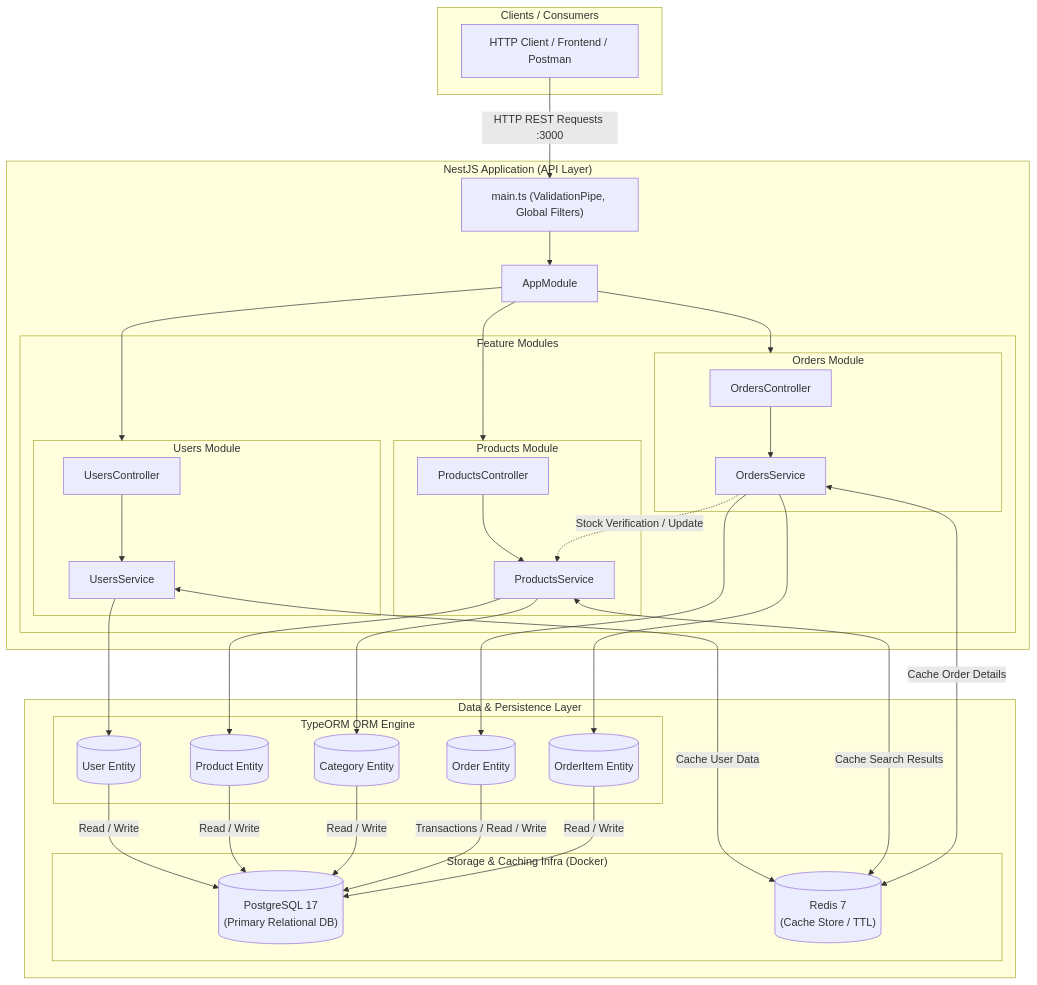
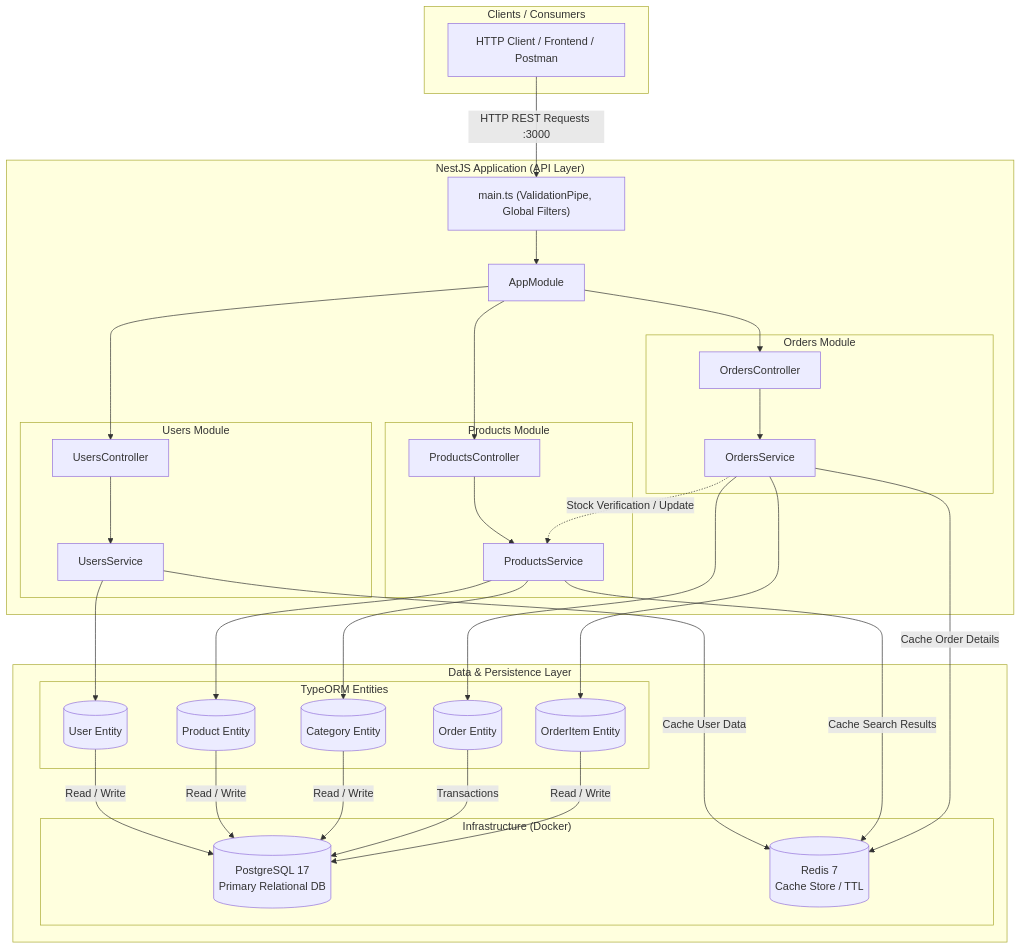
One commit to jairrodriguezm/nest-ecommerce changed the diagram in README.md. Above: the diagram before and after it, drawn with Mermaid.

Commit message:
docs: fix Mermaid System Architecture Diagram syntax for GitHub renderer

````diff
--- a/README.md
+++ b/README.md
@@ -17,67 +17,66 @@
 ```mermaid
 flowchart TB
     subgraph ClientLayer["Clients / Consumers"]
         Client["HTTP Client / Frontend / Postman"]
     end
 
     subgraph AppLayer["NestJS Application (API Layer)"]
         Main["main.ts (ValidationPipe, Global Filters)"]
         AppModule["AppModule"]
 
-        subgraph Modules["Feature Modules"]
-            subgraph UsersModule["Users Module"]
-                UC["UsersController"] --> US["UsersService"]
-            end
+        subgraph UsersModule["Users Module"]
+            UC["UsersController"] --> US["UsersService"]
+        end
 
-            subgraph ProductsModule["Products Module"]
-                PC["ProductsController"] --> PS["ProductsService"]
-            end
+        subgraph ProductsModule["Products Module"]
+            PC["ProductsController"] --> PS["ProductsService"]
+        end
 
-            subgraph OrdersModule["Orders Module"]
-                OC["OrdersController"] --> OS["OrdersService"]
-            end
+        subgraph OrdersModule["Orders Module"]
+            OC["OrdersController"] --> OS["OrdersService"]
         end
 
         OS -.->|Stock Verification / Update| PS
     end
 
     subgraph DataLayer["Data & Persistence Layer"]
-        subgraph TypeORM["TypeORM ORM Engine"]
+        subgraph Entities["TypeORM Entities"]
             UserEnt[("User Entity")]
             ProdEnt[("Product Entity")]
             CatEnt[("Category Entity")]
             OrderEnt[("Order Entity")]
             ItemEnt[("OrderItem Entity")]
         end
 
-        subgraph Storage["Storage & Caching Infra (Docker)"]
-            PG[("PostgreSQL 17\n(Primary Relational DB)")]
-            Redis[("Redis 7\n(Cache Store / TTL)")]
+        subgraph Storage["Infrastructure (Docker)"]
+            PG[("PostgreSQL 17<br/>Primary Relational DB")]
+            Redis[("Redis 7<br/>Cache Store / TTL")]
         end
     end
 
     %% Client traffic
     Client -->|HTTP REST Requests :3000| Main
     Main --> AppModule
-    AppModule --> UsersModule
-    AppModule --> ProductsModule
-    AppModule --> OrdersModule
+    AppModule --> UC
+    AppModule --> PC
+    AppModule --> OC
 
     %% Services to ORM Entities
     US --> UserEnt
     PS --> ProdEnt
     PS --> CatEnt
     OS --> OrderEnt
     OS --> ItemEnt
 
-    %% Entities/Services to Infrastructure
+    %% Entities to DB
     UserEnt -->|Read / Write| PG
     ProdEnt -->|Read / Write| PG
     CatEnt -->|Read / Write| PG
-    OrderEnt -->|Transactions / Read / Write| PG
+    OrderEnt -->|Transactions| PG
     ItemEnt -->|Read / Write| PG
 
-    US <-->|Cache User Data| Redis
-    PS <-->|Cache Search Results| Redis
-    OS <-->|Cache Order Details| Redis
+    %% Cache connections
+    US -->|Cache User Data| Redis
+    PS -->|Cache Search Results| Redis
+    OS -->|Cache Order Details| Redis
 ```
````
